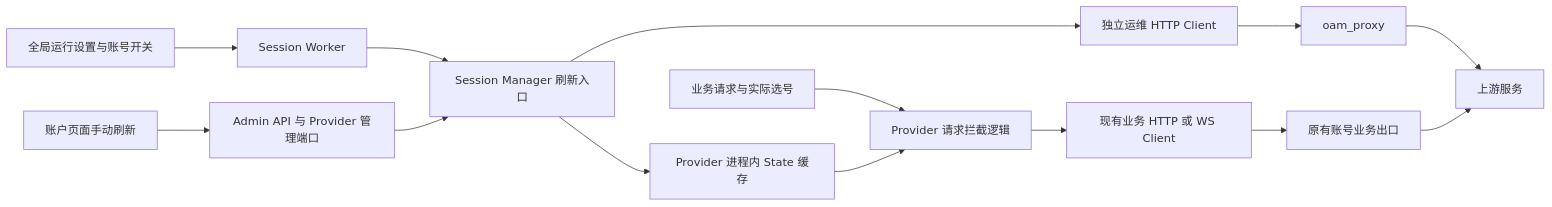
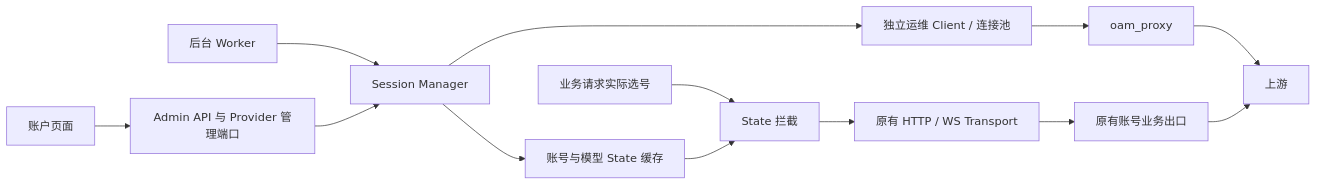
The diagram in docs/session-keepalive-design.md (chenyanshan/codex-proxy-rs), drawn with Mermaid before and after one commit. The commit also changed other lines of this file and 65 other files, not shown here.

Commit message:
feat: add opt-in session state keepalive and manual refresh

````diff
--- a/docs/session-keepalive-design.md
+++ b/docs/session-keepalive-design.md
@@ -33,16 +19,15 @@
 ```mermaid
 flowchart LR
-    Settings[全局运行设置与账号开关] --> Worker[Session Worker]
-    Worker --> Refresh[Session Manager 刷新入口]
-    AccountPage[账户页面手动刷新] --> Admin[Admin API 与 Provider 管理端口]
-    Admin --> Refresh
-    Refresh --> OamClient[独立运维 HTTP Client]
-    OamClient --> OamProxy[oam_proxy]
-    OamProxy --> Upstream[上游服务]
-    Refresh --> Cache[Provider 进程内 State 缓存]
-    Business[业务请求与实际选号] --> Rewrite[Provider 请求拦截逻辑]
+    Worker[后台 Worker] --> Manager[Session Manager]
+    Page[账户页面] --> API[Admin API 与 Provider 管理端口]
+    API --> Manager
+    Manager --> OAM[独立运维 Client / 连接池]
+    OAM --> Proxy[oam_proxy]
+    Proxy --> Upstream[上游]
+    Manager --> Cache[账号与模型 State 缓存]
+    Request[业务请求实际选号] --> Rewrite[State 拦截]
     Cache --> Rewrite
-    Rewrite --> BusinessClient[现有业务 HTTP 或 WS Client]
-    BusinessClient --> BusinessEgress[原有账号业务出口]
-    BusinessEgress --> Upstream
+    Rewrite --> Transport[原有 HTTP / WS Transport]
+    Transport --> Egress[原有账号业务出口]
+    Egress --> Upstream
 ```
````
